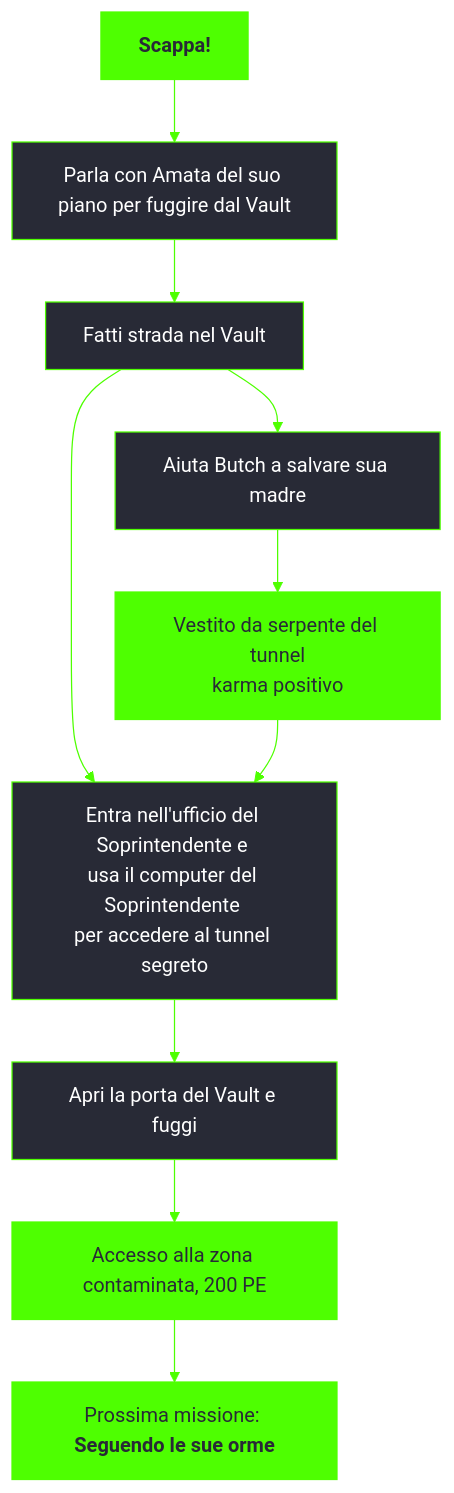
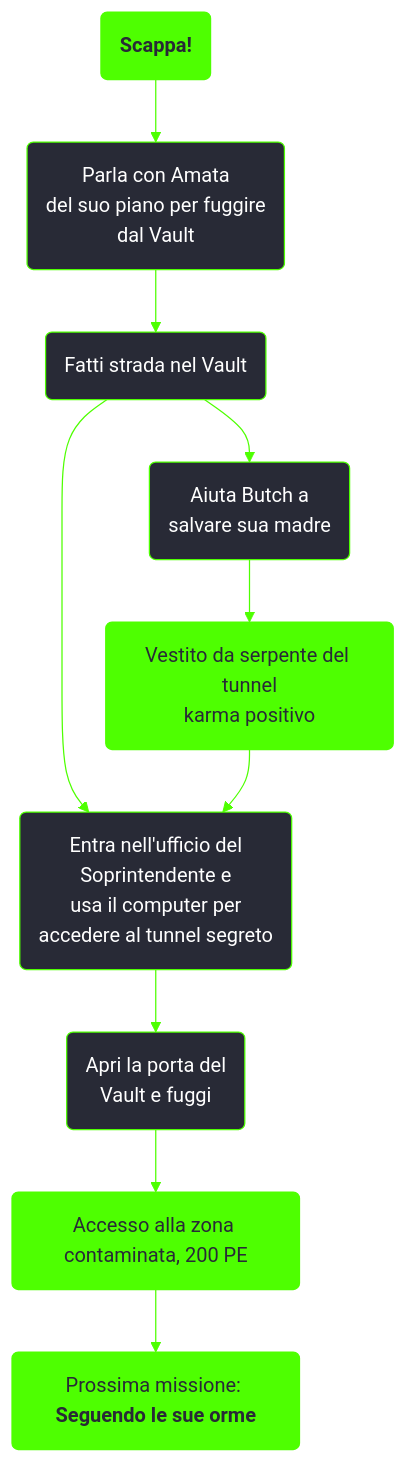
Before and after one commit to persy/wastelander: the diagram in content/docs/fallout 3/missioni/Scappa.md, drawn with Mermaid. The commit also changed 35 other files, not shown here.

````diff
--- a/content/docs/fallout 3/missioni/Scappa.md
+++ b/content/docs/fallout 3/missioni/Scappa.md
@@ -22,16 +22,16 @@
 ```mermaid
 %%{init: {'theme': 'base', 'themeVariables': { 'primaryColor': '#282a36', 'primaryBorderColor': '#4eff01', 'primaryTextColor': '#fff', 'lineColor': '#4eff01', 'fontFamily': 'Jura'}}}%%
 graph TD;
-    id1[<b>Scappa!</b>]:::questfo3-->id2[Parla con Amata del suo piano per fuggire dal Vault]
-    id2-->id3[Fatti strada nel Vault]
-    id3-->id4[Entra nell'ufficio del Soprintendente e <br/>usa il computer del Soprintendente <br/>per accedere al tunnel segreto]
-    id4-->id5[Apri la porta del Vault e fuggi]
-    id3-->id7[Aiuta Butch a salvare sua madre]  
-    id7-->id8[Vestito da serpente del tunnel<br/>karma positivo]:::rewardfo3
-    id5-->id9[Accesso alla zona contaminata, 200 PE]:::rewardfo3
+    id1(<b>Scappa!</b>):::questfo3-->id2(Parla con Amata <br />del suo piano per fuggire <br />dal Vault)
+    id2-->id3(Fatti strada nel Vault)
+    id3-->id4(Entra nell'ufficio del <br />Soprintendente e <br/>usa il computer per <br />accedere al tunnel segreto)
+    id4-->id5(Apri la porta del <br />Vault e fuggi)
+    id3-->id7(Aiuta Butch a <br />salvare sua madre)  
+    id7-->id8(Vestito da serpente del tunnel<br/>karma positivo):::rewardfo3
+    id5-->id9(Accesso alla zona contaminata, 200 PE):::rewardfo3
     id8-->id4
-    id9-->id10[Prossima missione: <b>Seguendo le sue orme</b>]:::questfo3
+    id9-->id10(Prossima missione: <b>Seguendo le sue orme</b>):::questfo3
     click id10 "../seguendo-le-sue-orme"
     classDef rewardfo3 fill:#4eff01, stroke:#4eff01, color:#282a36;
     classDef questfo3 fill:#4eff01, stroke:#4eff01, color:#282a36;
 ```
````
